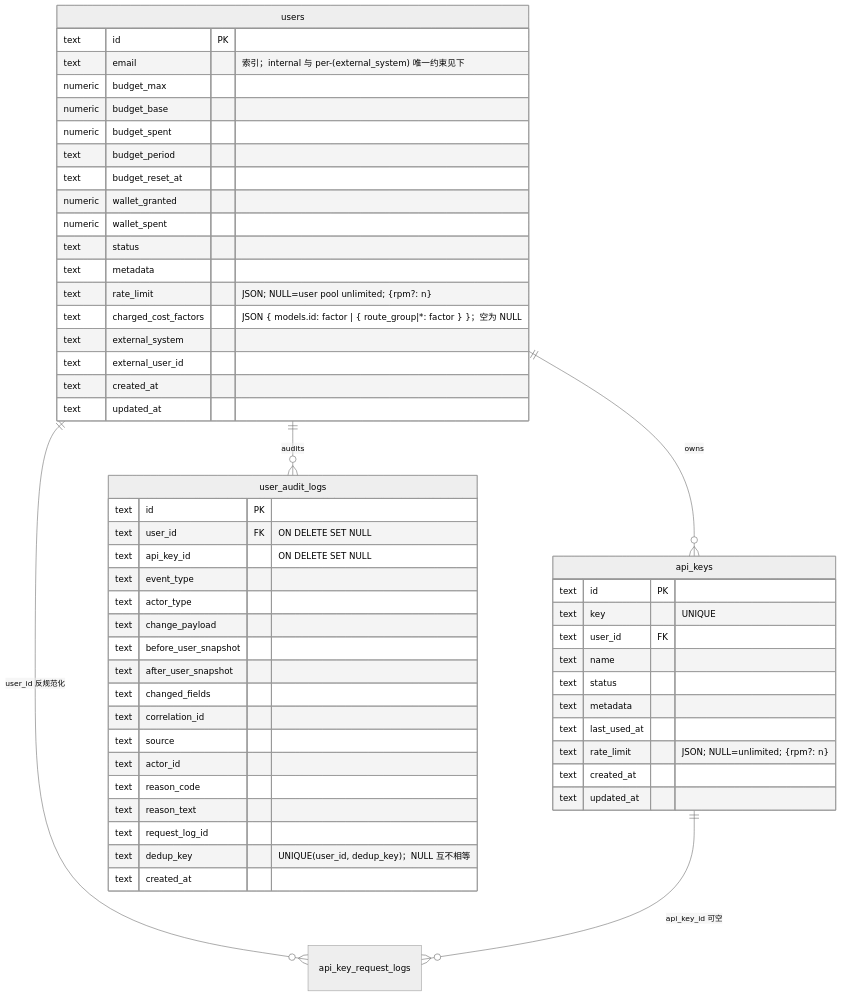
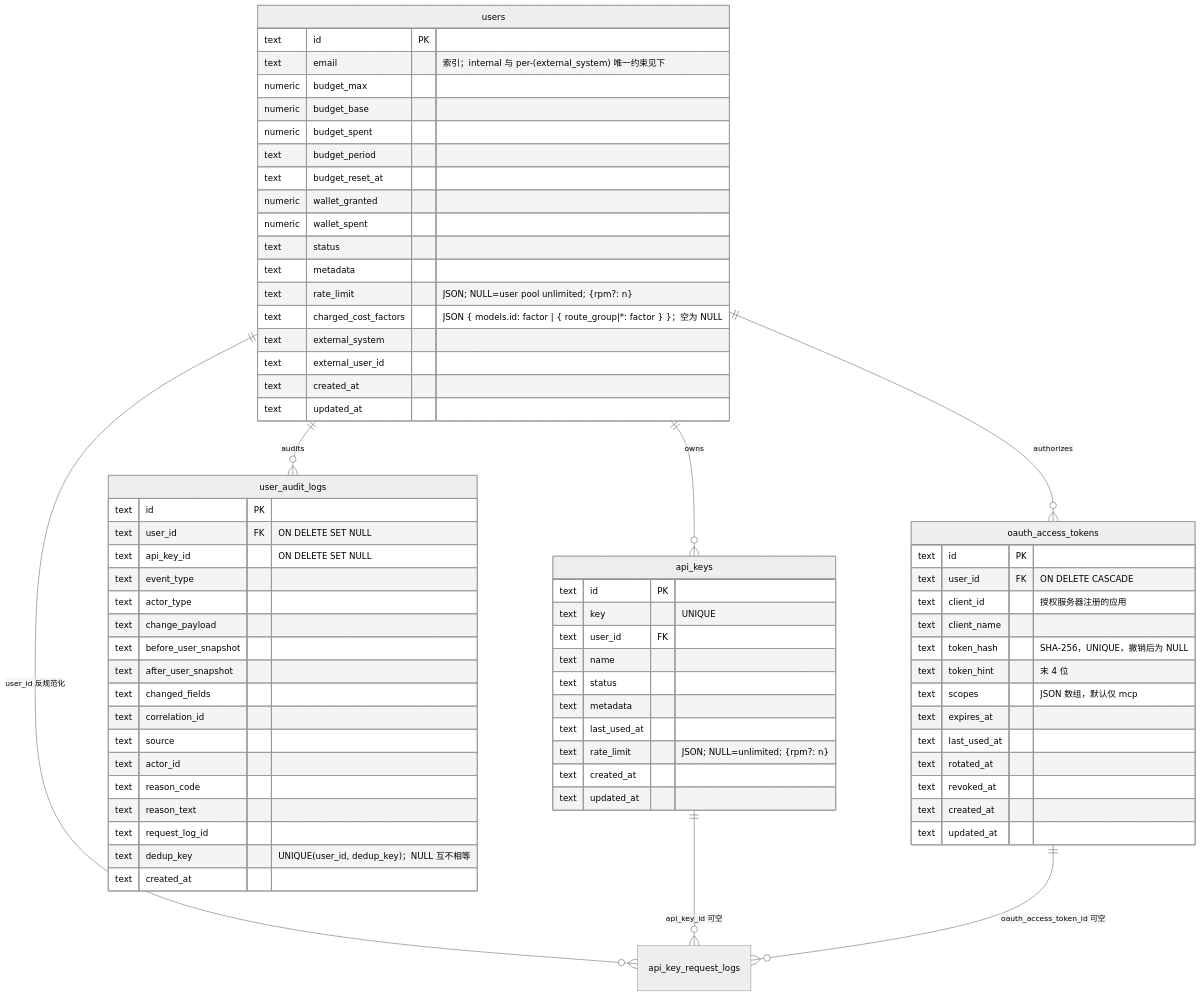
One commit to OctaFuse/octafuse-gateway changed the diagram in docs/developers/architecture/user-keys-data-model.md. Above: the diagram before and after it, drawn with Mermaid (neutral theme). The commit also changed other lines of this file and 75 other files, not shown here.

Commit message:
新增 mcp 服务 的 oauth 授权支持

````diff
--- a/docs/developers/architecture/user-keys-data-model.md
+++ b/docs/developers/architecture/user-keys-data-model.md
@@ -7,60 +7,78 @@
 ```mermaid
 erDiagram
     users ||--o{ api_keys : owns
     users ||--o{ user_audit_logs : audits
     users ||--o{ api_key_request_logs : "user_id 反规范化"
     api_keys ||--o{ api_key_request_logs : "api_key_id 可空"
+    users ||--o{ oauth_access_tokens : authorizes
+    oauth_access_tokens ||--o{ api_key_request_logs : "oauth_access_token_id 可空"
 
     users {
         text id PK
         text email "索引；internal 与 per-(external_system) 唯一约束见下"
         numeric budget_max
         numeric budget_base
         numeric budget_spent
         text budget_period
         text budget_reset_at
         numeric wallet_granted
         numeric wallet_spent
         text status
         text metadata
         text rate_limit "JSON; NULL=user pool unlimited; {rpm?: n}"
         text charged_cost_factors "JSON { models.id: factor | { route_group|*: factor } }；空为 NULL"
         text external_system
         text external_user_id
         text created_at
         text updated_at
     }
 
     api_keys {
         text id PK
         text key "UNIQUE"
         text user_id FK
         text name
         text status
         text metadata
         text last_used_at
         text rate_limit "JSON; NULL=unlimited; {rpm?: n}"
         text created_at
         text updated_at
     }
 
+    oauth_access_tokens {
+        text id PK
+        text user_id FK "ON DELETE CASCADE"
+        text client_id "授权服务器注册的应用"
+        text client_name
+        text token_hash "SHA-256，UNIQUE，撤销后为 NULL"
+        text token_hint "末 4 位"
+        text scopes "JSON 数组，默认仅 mcp"
+        text expires_at
+        text last_used_at
+        text rotated_at
+        text revoked_at
+        text created_at
+        text updated_at
+    }
+
     user_audit_logs {
         text id PK
         text user_id FK "ON DELETE SET NULL"
         text api_key_id "ON DELETE SET NULL"
         text event_type
         text actor_type
         text change_payload
         text before_user_snapshot
         text after_user_snapshot
         text changed_fields
         text correlation_id
         text source
         text actor_id
         text reason_code
         text reason_text
         text request_log_id
         text dedup_key "UNIQUE(user_id, dedup_key)；NULL 互不相等"
         text created_at
     }
 ```
````
